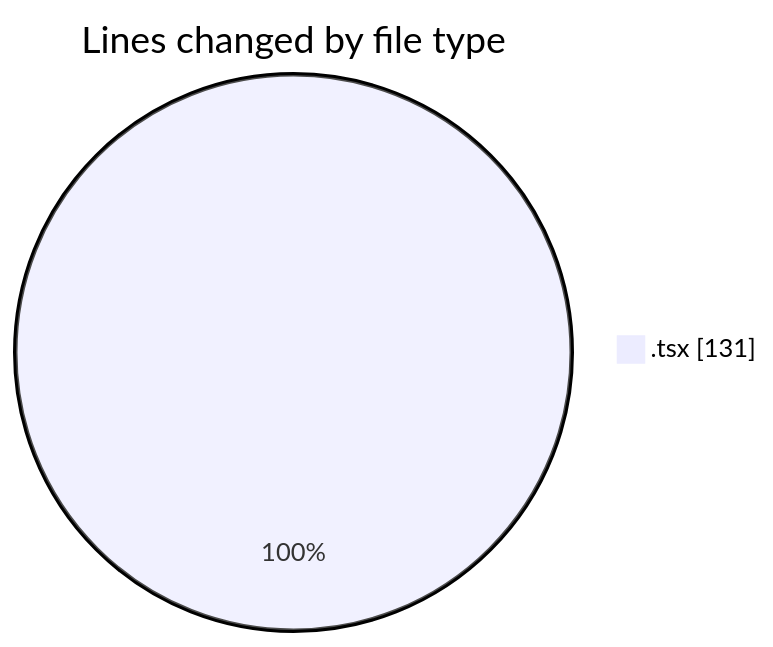
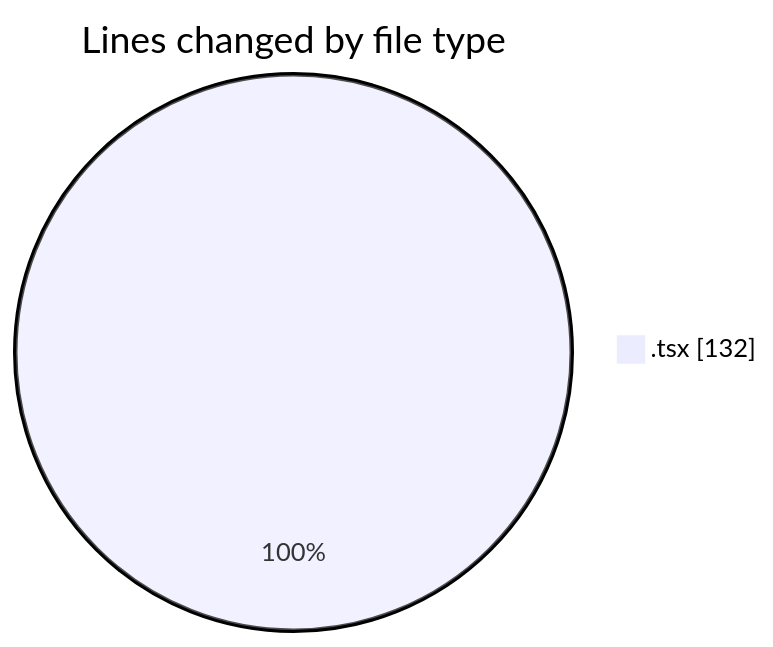
The first of 2 diagrams in 2025-10-10/eventscop-frontend-guide__workspace_/README.md (julien-gomy/code-tracking), drawn with Mermaid before and after one commit. The commit also changed other lines of this file and 1 other file, not shown here.

````diff
--- a/2025-10-10/eventscop-frontend-guide__workspace_/README.md
+++ b/2025-10-10/eventscop-frontend-guide__workspace_/README.md
@@ -21,5 +21,5 @@
 ```mermaid
 pie showData
 title Lines changed by file type
-".tsx" : 131
+".tsx" : 132
 ```
````
